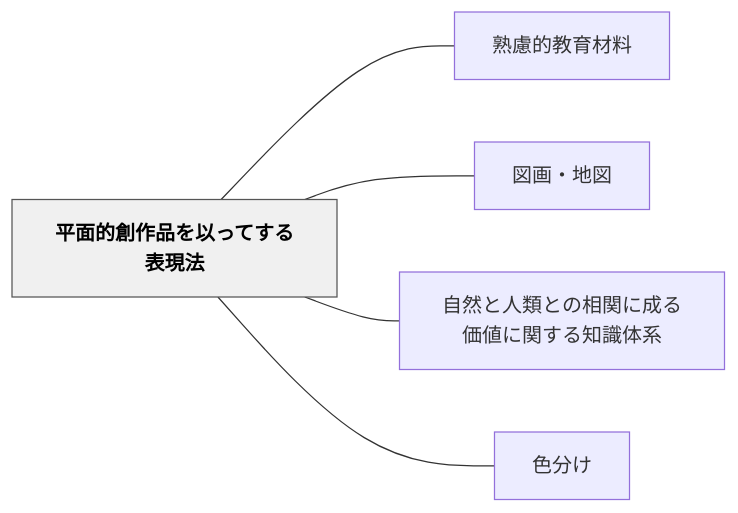
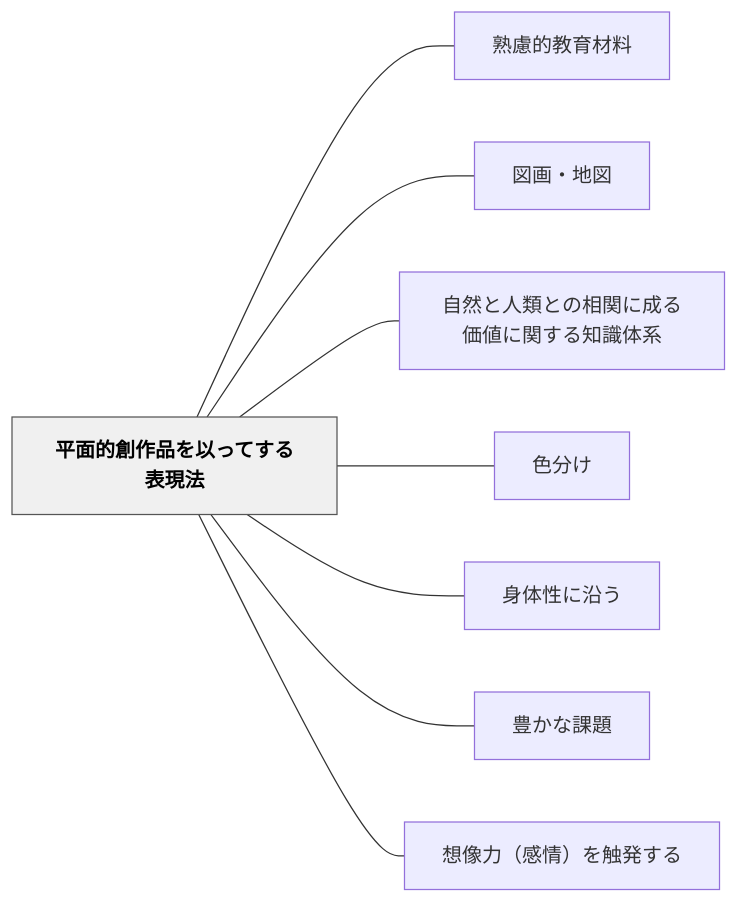
Before and after one commit to unknownthings-ed-patterns/unknownthings-ed-patterns: the diagram in content/パタン/平面的創作品を以ってする表現法.md, drawn with Mermaid. The commit also changed other lines of this file and 71 other files, not shown here.

````diff
--- a/content/パタン/平面的創作品を以ってする表現法.md
+++ b/content/パタン/平面的創作品を以ってする表現法.md
@@ -44,16 +47,22 @@
 ```mermaid
 flowchart LR
     ne5b9b3e99da2e79a84e589b5e4bd9ce59381e38292e4bba5e381a3e381a6e38199e3828be8a1a8e78fbee6b395["平面的創作品を以ってする表現法"]
     ne7869fe685aee79a84e69599e882b2e69d90e69699["熟慮的教育材料"]
     ne59bb3e794bbe383bbe59cb0e59bb3["図画・地図"]
     ne887aae784b6e381a8e4babae9a19ee381a8e381aee79bb8e996a2e381abe68890e3828be4bea1e580a4e381abe996a2e38199e3828be79fa5e8ad98e4bd93e7b3bb["自然と人類との相関に成る価値に関する知識体系"]
     ne889b2e58886e38191["色分け"]
+    ne8baabe4bd93e680a7e381abe6b2bfe38186["身体性に沿う"]
+    ne8b18ae3818be381aae8aab2e9a18c["豊かな課題"]
+    ne683b3e5838fe58a9befbc88e6849fe68385efbc89e38292e8a7a6e799bae38199e3828b["想像力（感情）を触発する"]
 
     ne5b9b3e99da2e79a84e589b5e4bd9ce59381e38292e4bba5e381a3e381a6e38199e3828be8a1a8e78fbee6b395 --- ne7869fe685aee79a84e69599e882b2e69d90e69699
     ne5b9b3e99da2e79a84e589b5e4bd9ce59381e38292e4bba5e381a3e381a6e38199e3828be8a1a8e78fbee6b395 --- ne59bb3e794bbe383bbe59cb0e59bb3
     ne5b9b3e99da2e79a84e589b5e4bd9ce59381e38292e4bba5e381a3e381a6e38199e3828be8a1a8e78fbee6b395 --- ne887aae784b6e381a8e4babae9a19ee381a8e381aee79bb8e996a2e381abe68890e3828be4bea1e580a4e381abe996a2e38199e3828be79fa5e8ad98e4bd93e7b3bb
     ne5b9b3e99da2e79a84e589b5e4bd9ce59381e38292e4bba5e381a3e381a6e38199e3828be8a1a8e78fbee6b395 --- ne889b2e58886e38191
+    ne5b9b3e99da2e79a84e589b5e4bd9ce59381e38292e4bba5e381a3e381a6e38199e3828be8a1a8e78fbee6b395 --- ne8baabe4bd93e680a7e381abe6b2bfe38186
+    ne5b9b3e99da2e79a84e589b5e4bd9ce59381e38292e4bba5e381a3e381a6e38199e3828be8a1a8e78fbee6b395 --- ne8b18ae3818be381aae8aab2e9a18c
+    ne5b9b3e99da2e79a84e589b5e4bd9ce59381e38292e4bba5e381a3e381a6e38199e3828be8a1a8e78fbee6b395 --- ne683b3e5838fe58a9befbc88e6849fe68385efbc89e38292e8a7a6e799bae38199e3828b
 
     classDef hub fill:#f0f0f0,stroke:#555,color:#000,font-weight:bold
     class ne5b9b3e99da2e79a84e589b5e4bd9ce59381e38292e4bba5e381a3e381a6e38199e3828be8a1a8e78fbee6b395 hub
 ```
````
